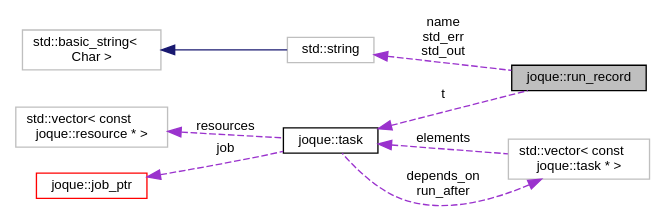
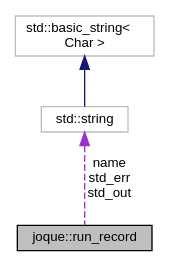
The diagram in structjoque_1_1run__record__coll__graph.dot (koniarik/joque), drawn with Graphviz before and after one commit. The commit also changed 99 other files, not shown here.

```diff
--- a/structjoque_1_1run__record__coll__graph.dot
+++ b/structjoque_1_1run__record__coll__graph.dot
@@ -1,21 +1,11 @@
 digraph "joque::run_record"
 {
  // LATEX_PDF_SIZE
   edge [fontname="Helvetica",fontsize="10",labelfontname="Helvetica",labelfontsize="10"];
   node [fontname="Helvetica",fontsize="10",shape=record];
-  rankdir="LR";
   Node1 [label="joque::run_record",height=0.2,width=0.4,color="black", fillcolor="grey75", style="filled", fontcolor="black",tooltip="Record storing information about a run of one task, produced during single execution once for each ta..."];
   Node2 -> Node1 [dir="back",color="darkorchid3",fontsize="10",style="dashed",label=" name\nstd_err\nstd_out" ,fontname="Helvetica"];
   Node2 [label="std::string",height=0.2,width=0.4,color="grey75", fillcolor="white", style="filled",tooltip=" "];
   Node3 -> Node2 [dir="back",color="midnightblue",fontsize="10",style="solid",fontname="Helvetica"];
   Node3 [label="std::basic_string\<\l Char \>",height=0.2,width=0.4,color="grey75", fillcolor="white", style="filled",tooltip=" "];
-  Node4 -> Node1 [dir="back",color="darkorchid3",fontsize="10",style="dashed",label=" t" ,fontname="Helvetica"];
-  Node4 [label="joque::task",height=0.2,width=0.4,color="black", fillcolor="white", style="filled",URL="$namespacejoque.html#structjoque_1_1task",tooltip="Single task that should be executed by the system."];
-  Node5 -> Node4 [dir="back",color="darkorchid3",fontsize="10",style="dashed",label=" resources" ,fontname="Helvetica"];
-  Node5 [label="std::vector\< const\l joque::resource * \>",height=0.2,width=0.4,color="grey75", fillcolor="white", style="filled",tooltip=" "];
-  Node7 -> Node4 [dir="back",color="darkorchid3",fontsize="10",style="dashed",label=" job" ,fontname="Helvetica"];
-  Node7 [label="joque::job_ptr",height=0.2,width=0.4,color="red", fillcolor="white", style="filled",URL="$structjoque_1_1job__ptr.html",tooltip="Custom unique_ptr wrapper that simplifies syntax of tasks."];
-  Node10 -> Node4 [dir="back",color="darkorchid3",fontsize="10",style="dashed",label=" depends_on\nrun_after" ,fontname="Helvetica"];
-  Node10 [label="std::vector\< const\l joque::task * \>",height=0.2,width=0.4,color="grey75", fillcolor="white", style="filled",tooltip=" "];
-  Node4 -> Node10 [dir="back",color="darkorchid3",fontsize="10",style="dashed",label=" elements" ,fontname="Helvetica"];
 }
```
